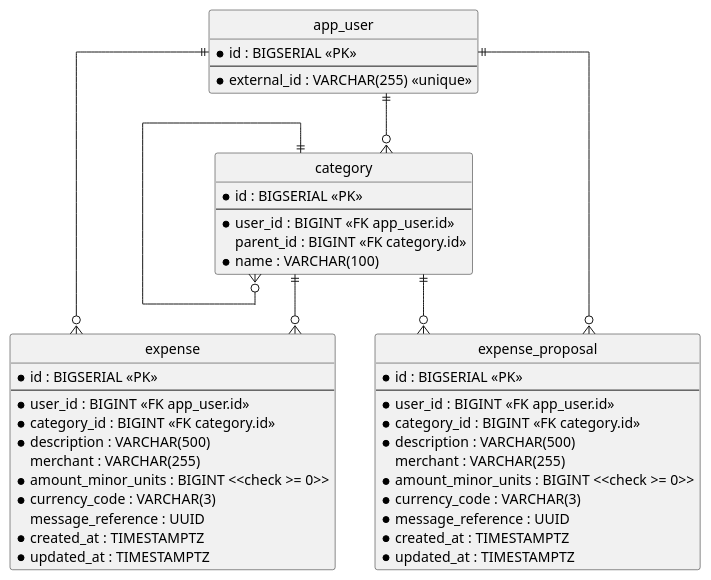
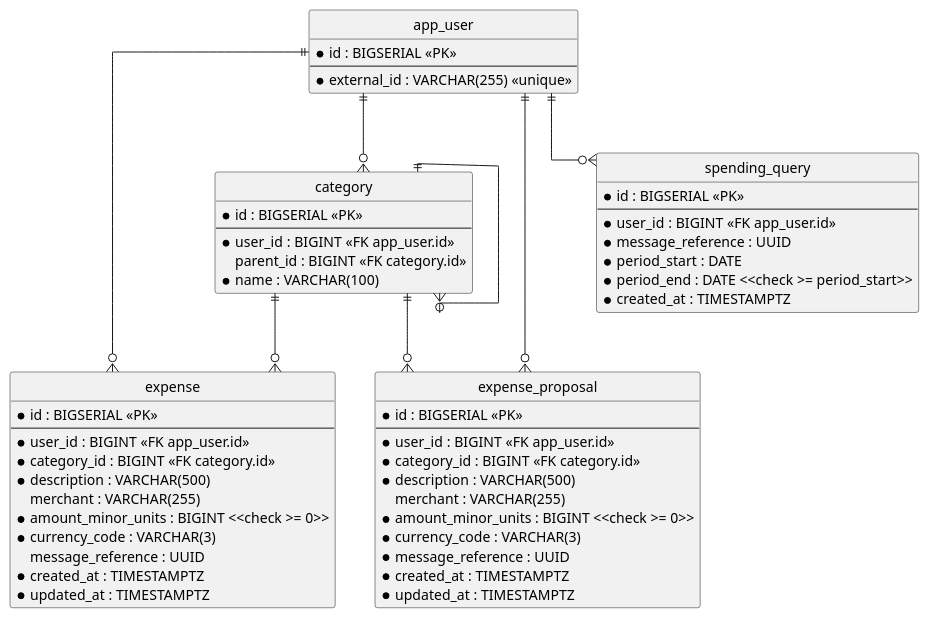
Before and after one commit to ds-usova/finance-bot: the diagram in ledger-service/docs/contracts/out/database.md, drawn with PlantUML. The commit also changed other lines of this file and 166 other files, not shown here.

````diff
--- a/ledger-service/docs/contracts/out/database.md
+++ b/ledger-service/docs/contracts/out/database.md
@@ -14,55 +14,66 @@
 ```plantuml
 @startuml ledger-schema
 hide circle
 skinparam linetype ortho
 
 entity "app_user" as app_user {
   * id : BIGSERIAL <<PK>>
   --
   * external_id : VARCHAR(255) <<unique>>
 }
 
 entity "category" as category {
   * id : BIGSERIAL <<PK>>
   --
   * user_id : BIGINT <<FK app_user.id>>
   parent_id : BIGINT <<FK category.id>>
   * name : VARCHAR(100)
 }
 
 entity "expense" as expense {
   * id : BIGSERIAL <<PK>>
   --
   * user_id : BIGINT <<FK app_user.id>>
   * category_id : BIGINT <<FK category.id>>
   * description : VARCHAR(500)
   merchant : VARCHAR(255)
   * amount_minor_units : BIGINT <<check >= 0>>
   * currency_code : VARCHAR(3)
   message_reference : UUID
   * created_at : TIMESTAMPTZ
   * updated_at : TIMESTAMPTZ
 }
 
 entity "expense_proposal" as expense_proposal {
   * id : BIGSERIAL <<PK>>
   --
   * user_id : BIGINT <<FK app_user.id>>
   * category_id : BIGINT <<FK category.id>>
   * description : VARCHAR(500)
   merchant : VARCHAR(255)
   * amount_minor_units : BIGINT <<check >= 0>>
   * currency_code : VARCHAR(3)
   * message_reference : UUID
   * created_at : TIMESTAMPTZ
   * updated_at : TIMESTAMPTZ
 }
 
+entity "spending_query" as spending_query {
+  * id : BIGSERIAL <<PK>>
+  --
+  * user_id : BIGINT <<FK app_user.id>>
+  * message_reference : UUID
+  * period_start : DATE
+  * period_end : DATE <<check >= period_start>>
+  * created_at : TIMESTAMPTZ
+}
+
 app_user ||--o{ category
 category ||--o{ category
 app_user ||--o{ expense
 category ||--o{ expense
 app_user ||--o{ expense_proposal
 category ||--o{ expense_proposal
+app_user ||--o{ spending_query
 @enduml
 ```
````
